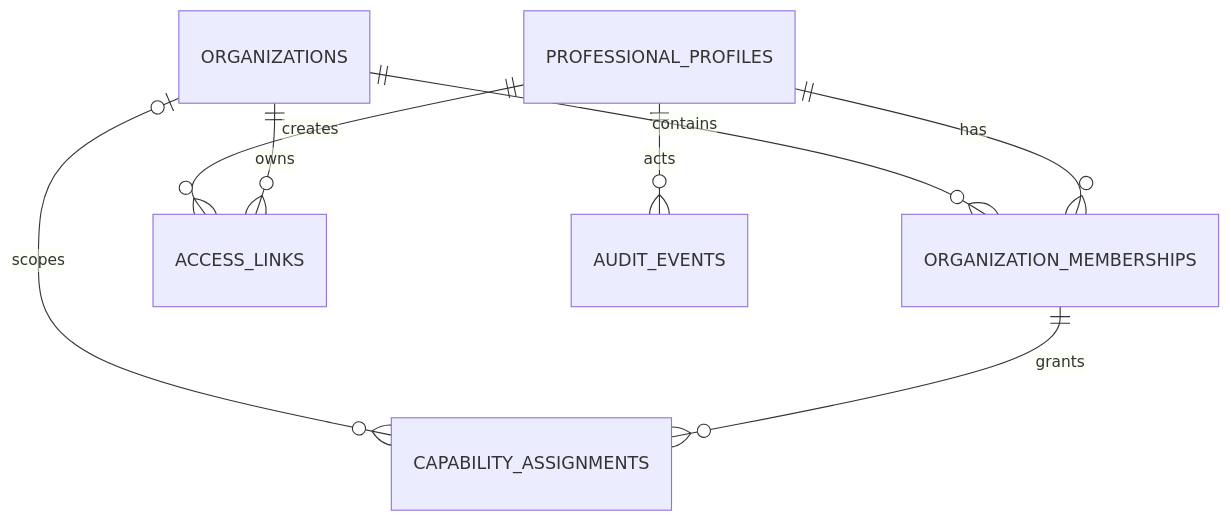
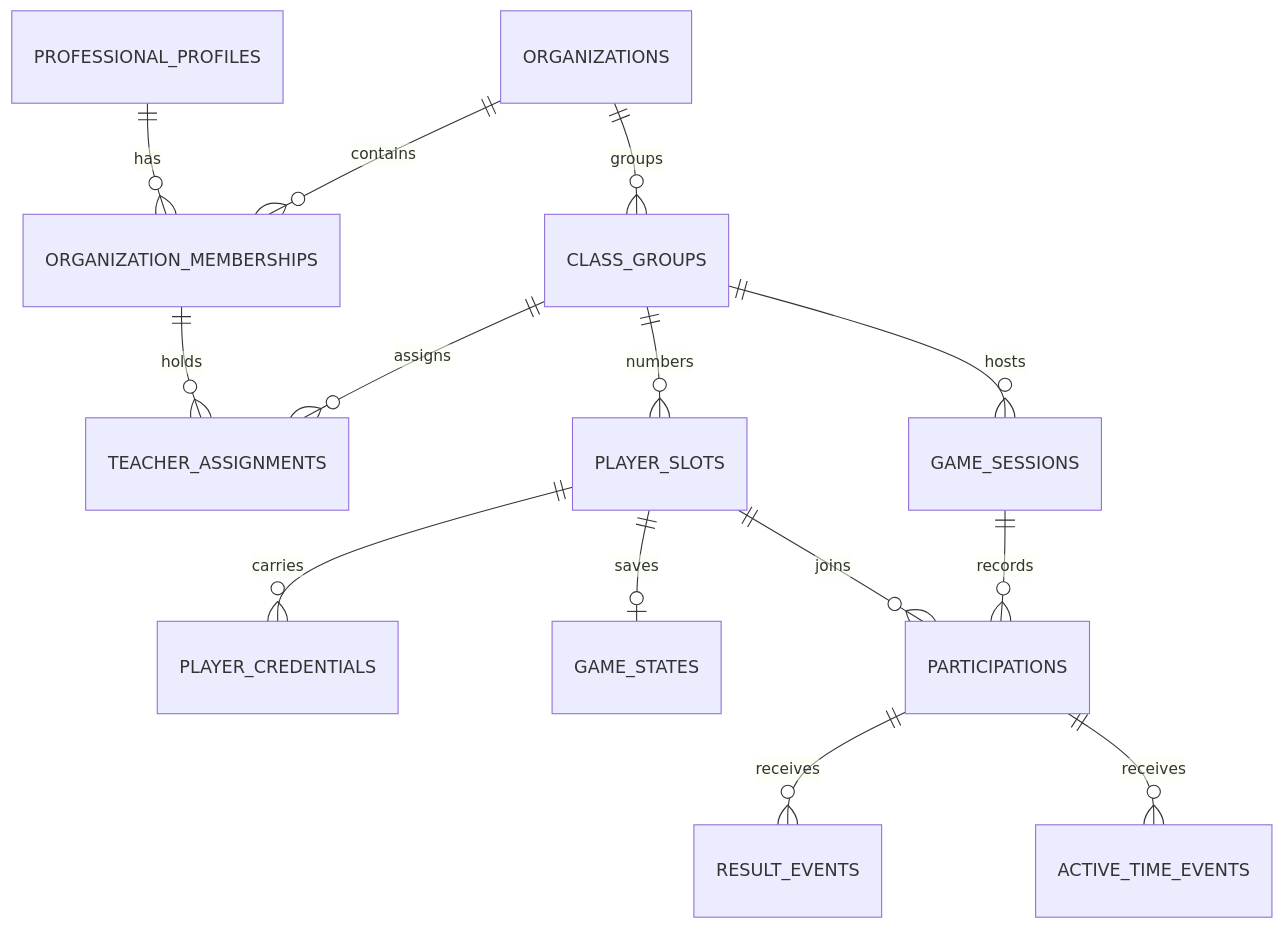
One commit to projetoecossistemaunilasalle/sms_nova_santa_rita changed the diagram in docs/schemas/database-model.md. Above: the diagram before and after it, drawn with Mermaid. The commit also changed other lines of this file and 198 other files, not shown here.

````diff
--- a/docs/schemas/database-model.md
+++ b/docs/schemas/database-model.md
@@ -33,10 +35,16 @@
 ```mermaid
 erDiagram
     PROFESSIONAL_PROFILES ||--o{ ORGANIZATION_MEMBERSHIPS : has
     ORGANIZATIONS ||--o{ ORGANIZATION_MEMBERSHIPS : contains
-    ORGANIZATION_MEMBERSHIPS ||--o{ CAPABILITY_ASSIGNMENTS : grants
-    ORGANIZATIONS o|--o{ CAPABILITY_ASSIGNMENTS : scopes
-    ORGANIZATIONS ||--o{ ACCESS_LINKS : owns
-    PROFESSIONAL_PROFILES ||--o{ ACCESS_LINKS : creates
-    PROFESSIONAL_PROFILES ||--o{ AUDIT_EVENTS : acts
+    ORGANIZATION_MEMBERSHIPS ||--o{ TEACHER_ASSIGNMENTS : holds
+    ORGANIZATIONS ||--o{ CLASS_GROUPS : groups
+    CLASS_GROUPS ||--o{ TEACHER_ASSIGNMENTS : assigns
+    CLASS_GROUPS ||--o{ PLAYER_SLOTS : numbers
+    CLASS_GROUPS ||--o{ GAME_SESSIONS : hosts
+    PLAYER_SLOTS ||--o{ PLAYER_CREDENTIALS : carries
+    PLAYER_SLOTS ||--o| GAME_STATES : saves
+    GAME_SESSIONS ||--o{ PARTICIPATIONS : records
+    PLAYER_SLOTS ||--o{ PARTICIPATIONS : joins
+    PARTICIPATIONS ||--o{ RESULT_EVENTS : receives
+    PARTICIPATIONS ||--o{ ACTIVE_TIME_EVENTS : receives
 ```
````
